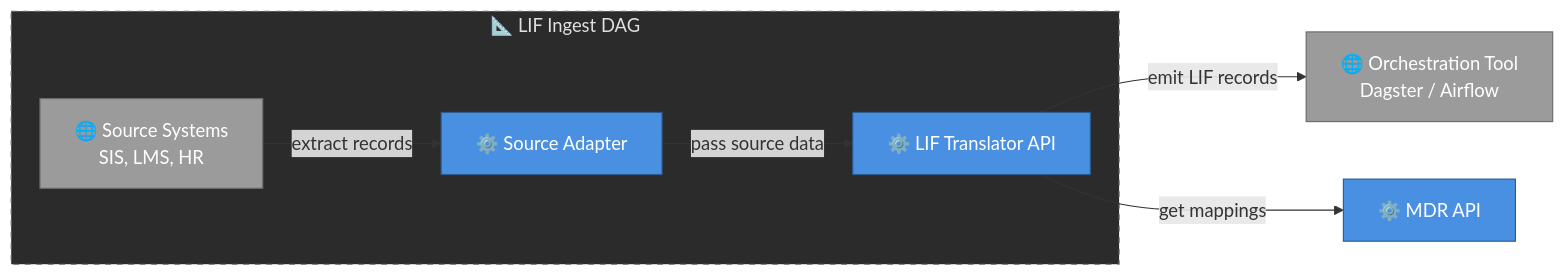
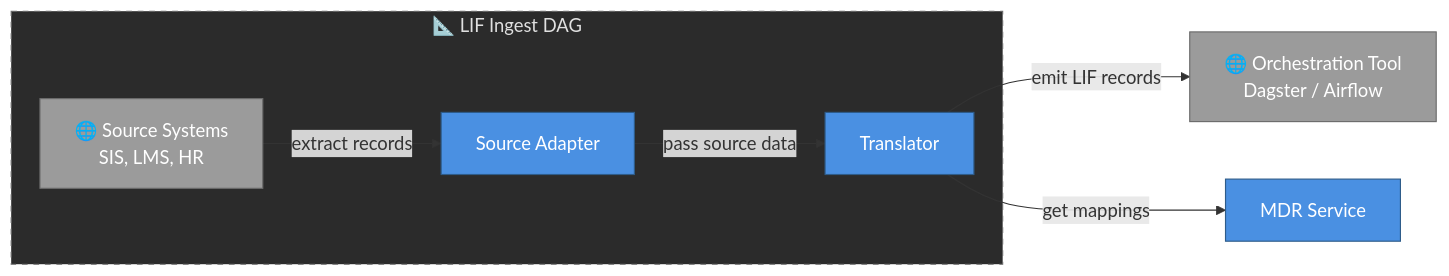
One commit to LIF-Initiative/lif-core changed the third of 16 diagrams in docs/lif_services_overview.md. Above: the diagram before and after it, drawn with Mermaid. The commit also changed other lines of this file, not shown here.

Commit message:
docs: update MDR Service diagram

````diff
--- a/docs/lif_services_overview.md
+++ b/docs/lif_services_overview.md
@@ -134,26 +134,26 @@
 ```mermaid
 graph LR
     Orch["🌐 Orchestration Tool<br/>Dagster / Airflow"]
 
     subgraph DAG["📐 LIF Ingest DAG"]
         Sources["🌐 Source Systems<br/>SIS, LMS, HR"]
-        Adapter["⚙️ Source Adapter"]
-        Trans["⚙️ LIF Translator API"]
+        Adapter["Source Adapter"]
+        Trans["Translator"]
     end
 
-    MDR["⚙️ MDR API"]
+    MDR["MDR Service"]
 
     Sources -->|extract records| Adapter
     Adapter -->|pass source data| Trans
     Trans -->|emit LIF records| Orch
     Trans -->|get mappings| MDR
 
     classDef coreStyle fill:#4A90E2,stroke:#2E5C8A,color:#fff
     classDef extStyle fill:#9B9B9B,stroke:#6B6B6B,color:#fff
     classDef dagStyle fill:#2B2B2B,stroke:#6B6B6B,stroke-dasharray: 5 5,color:#E0E0E0
 
     class Adapter,Trans coreStyle
     class MDR coreStyle
     class Orch,Sources extStyle
     class DAG dagStyle
 ```
````
